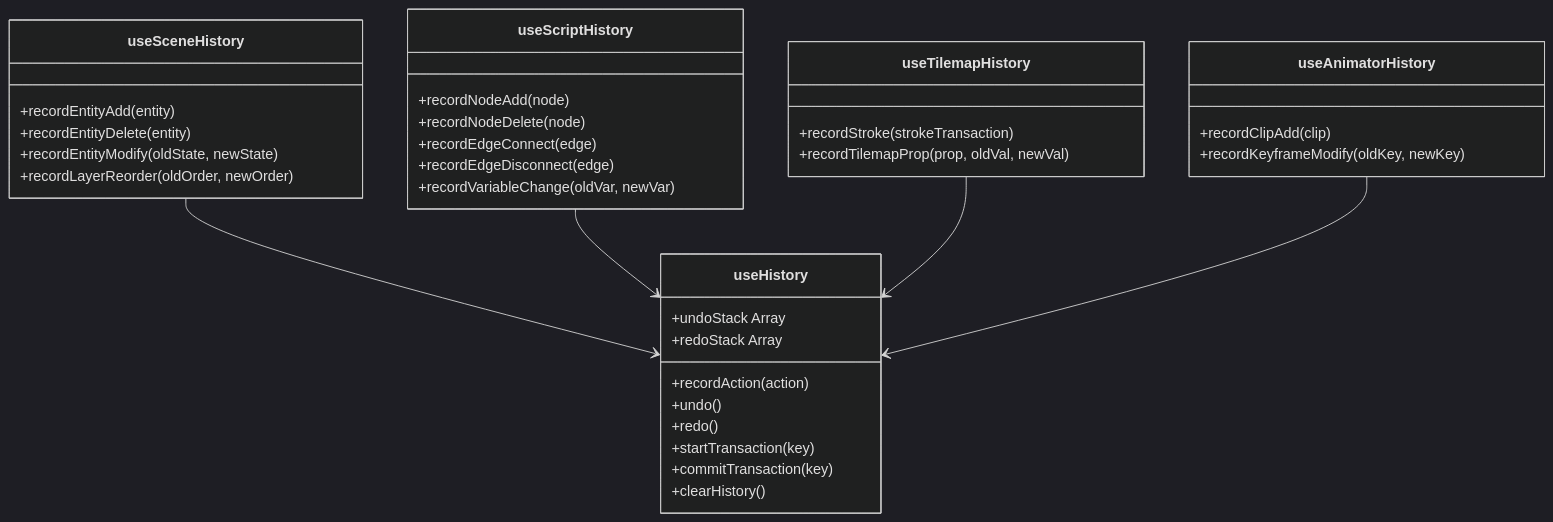
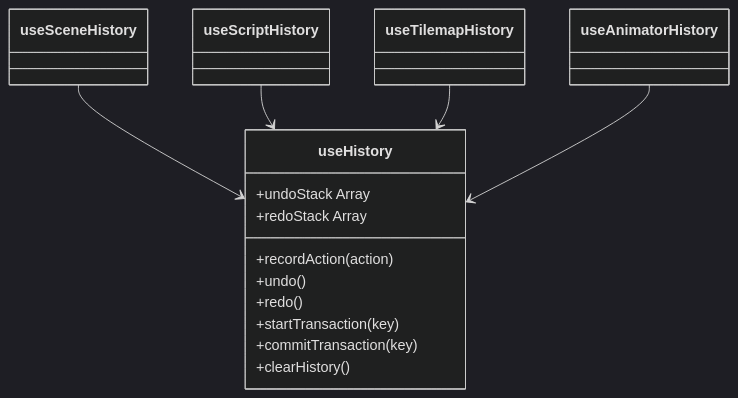
Before and after one commit to haikal-adnan/lupis-engine: the second of 2 diagrams in docs/editor-reference.md, drawn with Mermaid (dark theme). The commit also changed other lines of this file and 167 other files, not shown here.

Commit message:
New Schema

````diff
--- a/docs/editor-reference.md
+++ b/docs/editor-reference.md
@@ -188,43 +140,23 @@
 ```mermaid
 classDiagram
     class useHistory {
         +undoStack Array
         +redoStack Array
         +recordAction(action)
         +undo()
         +redo()
         +startTransaction(key)
         +commitTransaction(key)
         +clearHistory()
     }
 
-    class useSceneHistory {
-        +recordEntityAdd(entity)
-        +recordEntityDelete(entity)
-        +recordEntityModify(oldState, newState)
-        +recordLayerReorder(oldOrder, newOrder)
-    }
-
-    class useScriptHistory {
-        +recordNodeAdd(node)
-        +recordNodeDelete(node)
-        +recordEdgeConnect(edge)
-        +recordEdgeDisconnect(edge)
-        +recordVariableChange(oldVar, newVar)
-    }
-
-    class useTilemapHistory {
-        +recordStroke(strokeTransaction)
-        +recordTilemapProp(prop, oldVal, newVal)
-    }
-
-    class useAnimatorHistory {
-        +recordClipAdd(clip)
-        +recordKeyframeModify(oldKey, newKey)
-    }
+    class useSceneHistory
+    class useScriptHistory
+    class useTilemapHistory
+    class useAnimatorHistory
 
     useSceneHistory --> useHistory
     useScriptHistory --> useHistory
     useTilemapHistory --> useHistory
     useAnimatorHistory --> useHistory
 ```
````
